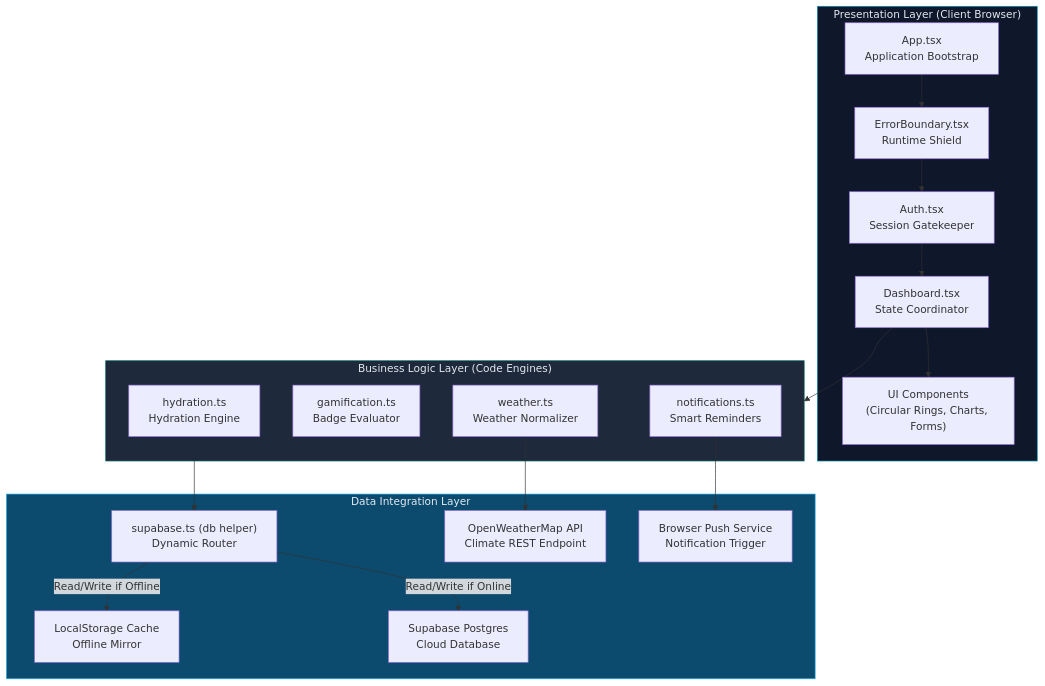
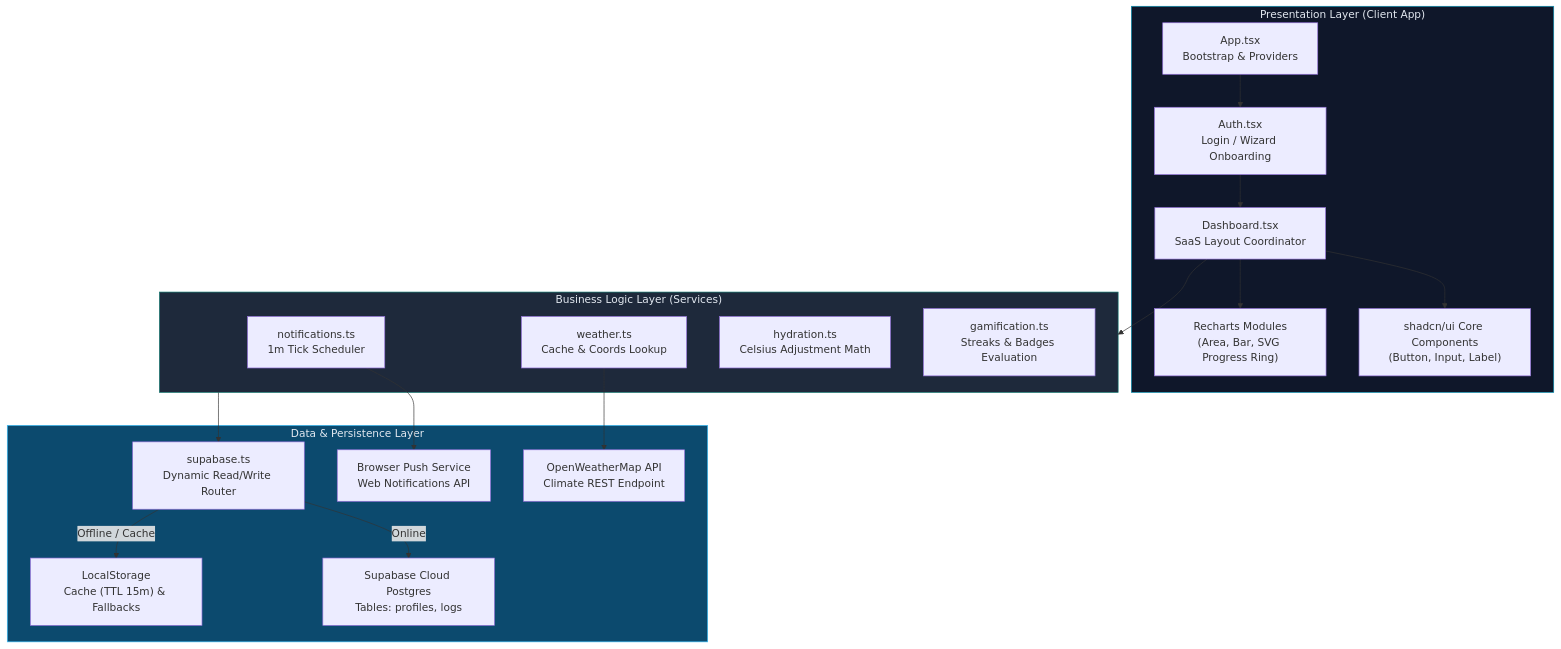
The first of 4 diagrams in architecture.md (ramalokeshreddyp/hydrosmart-ai), drawn with Mermaid before and after one commit. The commit also changed other lines of this file and 18 other files, not shown here.

Commit message:
feat: implement weather reminder rules, schedule limits, email/WhatsApp gateways, and UI cleanups

````diff
--- a/architecture.md
+++ b/architecture.md
@@ -38,40 +38,40 @@
 ```mermaid
 graph TB
-    subgraph Presentation_Layer["Presentation Layer (Client Browser)"]
-        App["App.tsx<br/>Application Bootstrap"]
-        EB["ErrorBoundary.tsx<br/>Runtime Shield"]
-        AuthGate["Auth.tsx<br/>Session Gatekeeper"]
-        Dash["Dashboard.tsx<br/>State Coordinator"]
-        UI["UI Components<br/>(Circular Rings, Charts, Forms)"]
+    subgraph Presentation_Layer["Presentation Layer (Client App)"]
+        App["App.tsx<br/>Bootstrap & Providers"]
+        Auth["Auth.tsx<br/>Login / Wizard Onboarding"]
+        Dash["Dashboard.tsx<br/>SaaS Layout Coordinator"]
+        UI["shadcn/ui Core Components<br/>(Button, Input, Label)"]
+        Charts["Recharts Modules<br/>(Area, Bar, SVG Progress Ring)"]
     end
 
-    subgraph Business_Layer["Business Logic Layer (Code Engines)"]
-        GoalEng["hydration.ts<br/>Hydration Engine"]
-        BadgeEng["gamification.ts<br/>Badge Evaluator"]
-        RemindEng["notifications.ts<br/>Smart Reminders"]
-        WeatherCl["weather.ts<br/>Weather Normalizer"]
+    subgraph Logic_Layer["Business Logic Layer (Services)"]
+        NotifyEngine["notifications.ts<br/>1m Tick Scheduler"]
+        WeatherClient["weather.ts<br/>Cache & Coords Lookup"]
+        HydrateEngine["hydration.ts<br/>Celsius Adjustment Math"]
+        GameEngine["gamification.ts<br/>Streaks & Badges Evaluation"]
     end
 
-    subgraph Data_Layer["Data Integration Layer"]
-        DBClient["supabase.ts (db helper)<br/>Dynamic Router"]
-        LS["LocalStorage Cache<br/>Offline Mirror"]
-        SupabaseDB["Supabase Postgres<br/>Cloud Database"]
-        WeatherAPI["OpenWeatherMap API<br/>Climate REST Endpoint"]
-        PushAPI["Browser Push Service<br/>Notification Trigger"]
+    subgraph Data_Layer["Data & Persistence Layer"]
+        DBCore["supabase.ts<br/>Dynamic Read/Write Router"]
+        LocalStorage["LocalStorage<br/>Cache (TTL 15m) & Fallbacks"]
+        SupabasePostgres["Supabase Cloud Postgres<br/>Tables: profiles, logs"]
+        OpenWeather["OpenWeatherMap API<br/>Climate REST Endpoint"]
+        NotificationAPI["Browser Push Service<br/>Web Notifications API"]
     end
 
-    App --> EB
-    EB --> AuthGate
-    AuthGate --> Dash
+    App --> Auth
+    Auth --> Dash
     Dash --> UI
-    Dash --> Business_Layer
-    Business_Layer --> DBClient
-    DBClient -->|Read/Write if Online| SupabaseDB
-    DBClient -->|Read/Write if Offline| LS
-    WeatherCl --> WeatherAPI
-    RemindEng --> PushAPI
-    
+    Dash --> Charts
+    Dash --> Logic_Layer
+    Logic_Layer --> DBCore
+    DBCore -->|Online| SupabasePostgres
+    DBCore -->|Offline / Cache| LocalStorage
+    WeatherClient --> OpenWeather
+    NotifyEngine --> NotificationAPI
+
     style Presentation_Layer fill:#0f172a,stroke:#0891b2,color:#e2e8f0
-    style Business_Layer fill:#1e293b,stroke:#0f766e,color:#e2e8f0
+    style Logic_Layer fill:#1e293b,stroke:#0f766e,color:#e2e8f0
     style Data_Layer fill:#0c4a6e,stroke:#38bdf8,color:#e2e8f0
 ```
````
